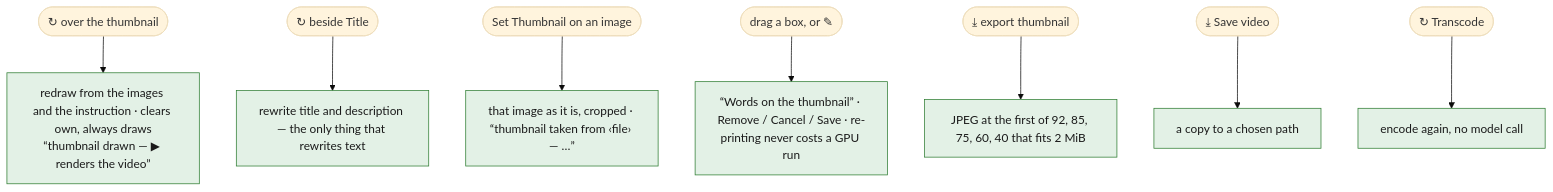
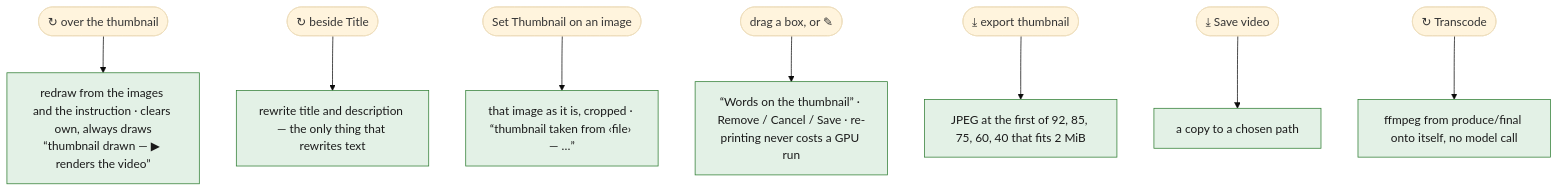
The sixth of 6 diagrams in spec/08-produce.md (tbocek/naivepost), drawn with Mermaid (base theme) before and after one commit. The commit also changed other lines of this file and 21 other files, not shown here.

````diff
--- a/spec/08-produce.md
+++ b/spec/08-produce.md
@@ -171,13 +171,13 @@
 ```mermaid
 flowchart TD
   T(["↻ over the thumbnail"]) --> TD["redraw from the images and the instruction · clears own, always draws<br/>“thumbnail drawn — ▶ renders the video”"]:::done
   TI(["↻ beside Title"]) --> TX["rewrite title and description — the only thing that rewrites text"]:::done
   ST(["Set Thumbnail on an image"]) --> SS["that image as it is, cropped · “thumbnail taken from ‹file› — …”"]:::done
   W(["drag a box, or ✎"]) --> WD["“Words on the thumbnail” · Remove / Cancel / Save · re-printing never costs a GPU run"]:::done
   E(["⤓ export thumbnail"]) --> EJ["JPEG at the first of 92, 85, 75, 60, 40 that fits 2 MiB"]:::done
   V(["⤓ Save video"]) --> VC["a copy to a chosen path"]:::done
-  R(["↻ Transcode"]) --> RE["encode again, no model call"]:::done
+  R(["↻ Transcode"]) --> RE["ffmpeg from produce/final onto itself, no model call"]:::done
   classDef refuse fill:#fde2e1,stroke:#c01c28,color:#1a1a1a
   classDef done fill:#e3f1e6,stroke:#2e7d32,color:#1a1a1a
   classDef ask fill:#e8eefc,stroke:#3a63c8,color:#1a1a1a
 ```
````
